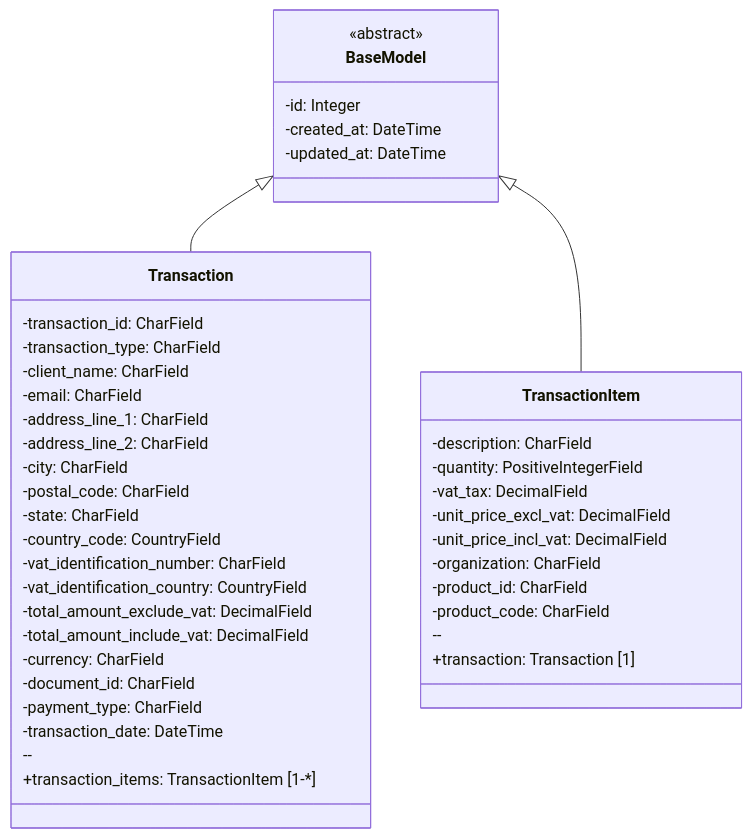
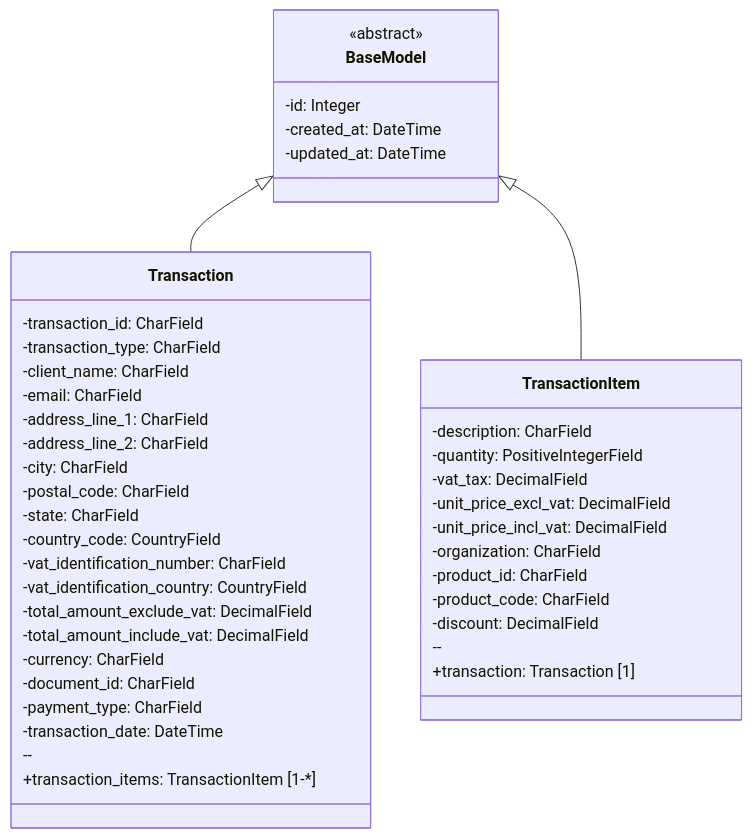
One commit to fccn/nau-financial-manager changed the diagram in apps/billing/README.md. Above: the diagram before and after it, drawn with Mermaid. The commit also changed other lines of this file and 3 other files, not shown here.

````diff
--- a/apps/billing/README.md
+++ b/apps/billing/README.md
@@ -8,45 +8,46 @@
 ```mermaid
 classDiagram
     class BaseModel {
         <<abstract>>
         -id: Integer
         -created_at: DateTime
         -updated_at: DateTime
     }
     class Transaction {
         -transaction_id: CharField
         -transaction_type: CharField
         -client_name: CharField
         -email: CharField
         -address_line_1: CharField
         -address_line_2: CharField
         -city: CharField
         -postal_code: CharField
         -state: CharField
         -country_code: CountryField
         -vat_identification_number: CharField
         -vat_identification_country: CountryField
         -total_amount_exclude_vat: DecimalField
         -total_amount_include_vat: DecimalField
         -currency: CharField
         -document_id: CharField
         -payment_type: CharField
         -transaction_date: DateTime
         --
         +transaction_items: TransactionItem [1-*]
     }
     class TransactionItem {
         -description: CharField
         -quantity: PositiveIntegerField
         -vat_tax: DecimalField
         -unit_price_excl_vat: DecimalField
         -unit_price_incl_vat: DecimalField
         -organization: CharField
         -product_id: CharField
         -product_code: CharField
+        -discount: DecimalField
         --
         +transaction: Transaction [1]
     }
     BaseModel <|-- Transaction
     BaseModel <|-- TransactionItem
 ```
````
